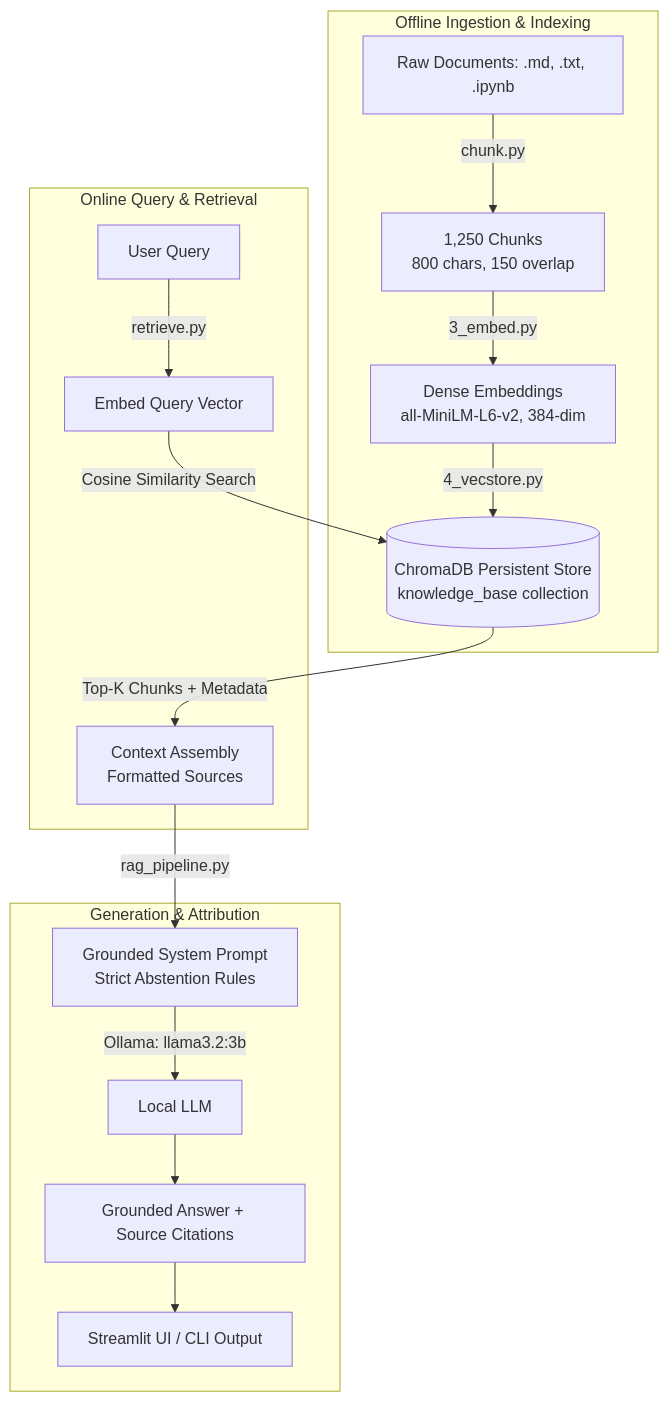
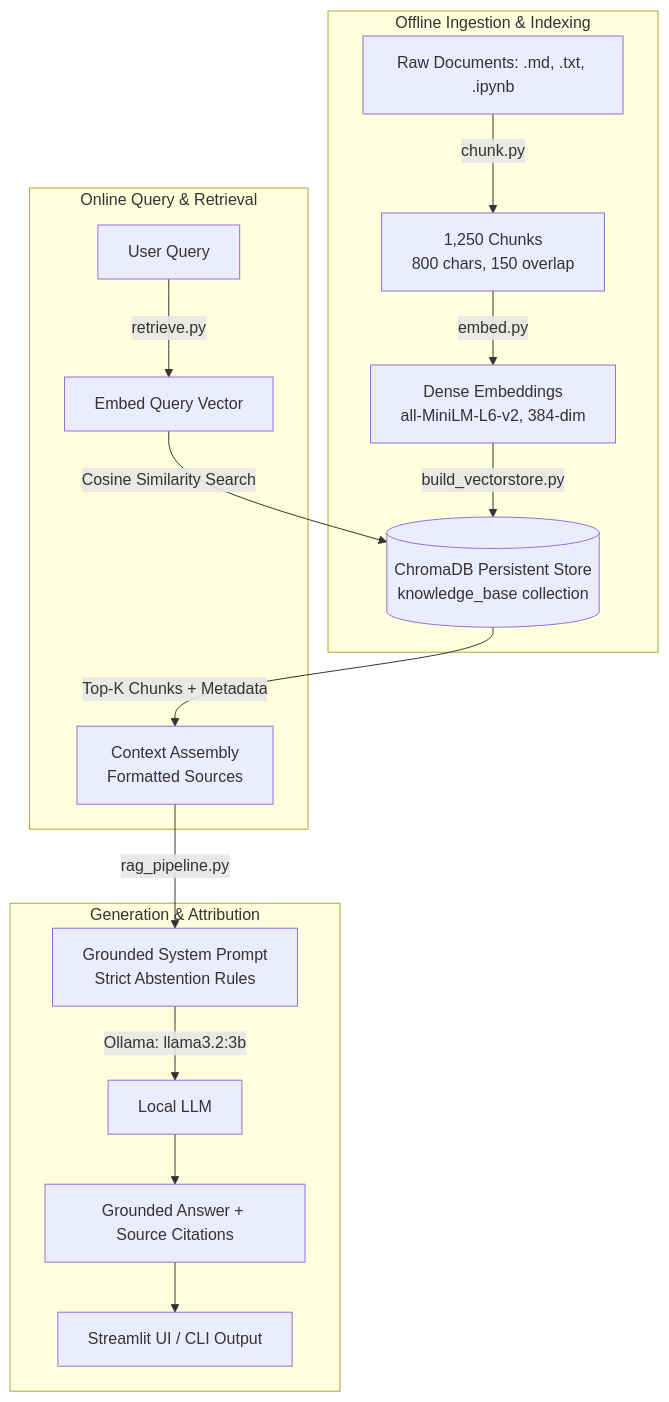
One commit to prdve/rag-knowledge-assistant changed the diagram in README.md. Above: the diagram before and after it, drawn with Mermaid. The commit also changed other lines of this file and 3 other files, not shown here.

````diff
--- a/README.md
+++ b/README.md
@@ -27,21 +27,21 @@
 ```mermaid
 flowchart TD
     subgraph Offline Ingestion & Indexing
         D[Raw Documents: .md, .txt, .ipynb] -->|chunk.py| C[1,250 Chunks<br/>800 chars, 150 overlap]
-        C -->|3_embed.py| E[Dense Embeddings<br/>all-MiniLM-L6-v2, 384-dim]
-        E -->|4_vecstore.py| V[(ChromaDB Persistent Store<br/>knowledge_base collection)]
+        C -->|embed.py| E[Dense Embeddings<br/>all-MiniLM-L6-v2, 384-dim]
+        E -->|build_vectorstore.py| V[(ChromaDB Persistent Store<br/>knowledge_base collection)]
     end
 
     subgraph Online Query & Retrieval
         Q[User Query] -->|retrieve.py| QE[Embed Query Vector]
         QE -->|Cosine Similarity Search| V
         V -->|Top-K Chunks + Metadata| CTX[Context Assembly<br/>Formatted Sources]
     end
 
     subgraph Generation & Attribution
         CTX -->|rag_pipeline.py| P[Grounded System Prompt<br/>Strict Abstention Rules]
         P -->|Ollama: llama3.2:3b| LLM[Local LLM]
         LLM --> ANS[Grounded Answer + Source Citations]
         ANS --> UI[Streamlit UI / CLI Output]
     end
 ```
````
